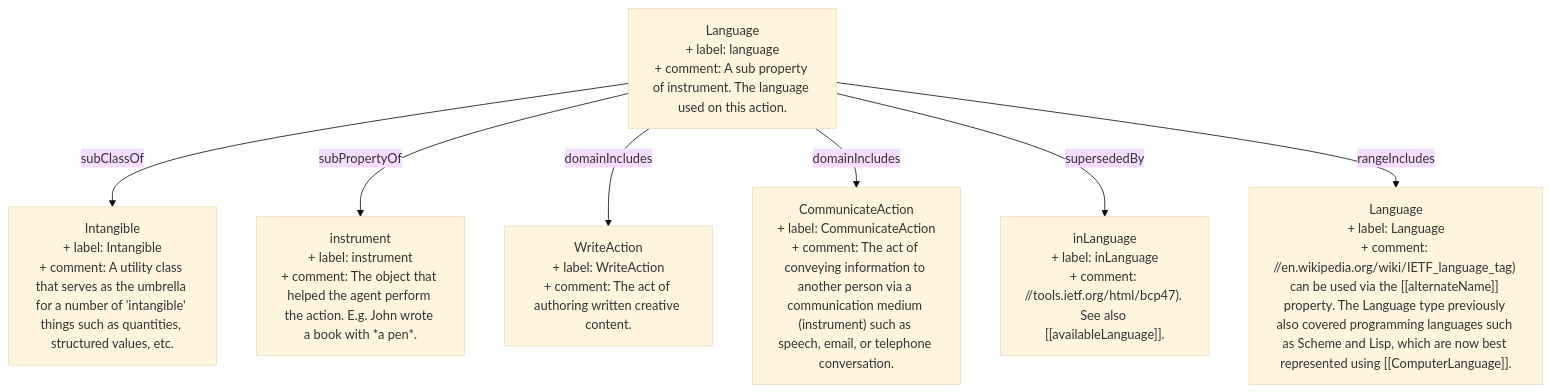
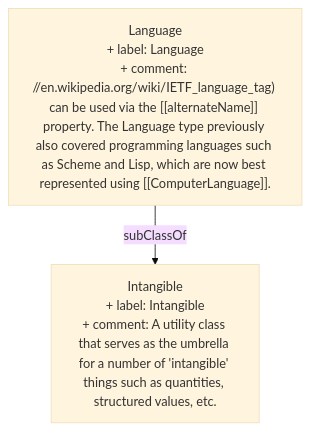
Before and after one commit to heidingaway/heidi2: the diagram in content/schema/Language.md, drawn with Mermaid (base theme). The commit also changed other lines of this file and 372 other files, not shown here.

````diff
--- a/content/schema/Language.md
+++ b/content/schema/Language.md
@@ -27,16 +23,6 @@
 ```mermaid
 graph TD
-  Language["Language<br>+ label: language<br>+ comment: A sub property of instrument. The language used on this action."]:::current-page-node
-  instrument["instrument<br>+ label: instrument<br>+ comment: The object that helped the agent perform the action. E.g. John wrote a book with *a pen*."]
-  CommunicateAction["CommunicateAction<br>+ label: CommunicateAction<br>+ comment: The act of conveying information to another person via a communication medium (instrument) such as speech, email, or telephone conversation."]
-  WriteAction["WriteAction<br>+ label: WriteAction<br>+ comment: The act of authoring written creative content."]
-  Language_1["Language<br>+ label: Language<br>+ comment: //en.wikipedia.org/wiki/IETF_language_tag) can be used via the [[alternateName]] property. The Language type previously also covered programming languages such as Scheme and Lisp, which are now best represented using [[ComputerLanguage]]."]
-  inLanguage["inLanguage<br>+ label: inLanguage<br>+ comment: //tools.ietf.org/html/bcp47). See also [[availableLanguage]]."]
+  Language["Language<br>+ label: Language<br>+ comment: //en.wikipedia.org/wiki/IETF_language_tag) can be used via the [[alternateName]] property. The Language type previously also covered programming languages such as Scheme and Lisp, which are now best represented using [[ComputerLanguage]]."]:::current-page-node
   Intangible["Intangible<br>+ label: Intangible<br>+ comment: A utility class that serves as the umbrella for a number of 'intangible' things such as quantities, structured values, etc."]
   Language-->|" subClassOf "|Intangible
-  Language-->|" subPropertyOf "|instrument
-  Language-->|" domainIncludes "|WriteAction
-  Language-->|" domainIncludes "|CommunicateAction
-  Language-->|" supersededBy "|inLanguage
-  Language-->|" rangeIncludes "|Language_1
 ```
````
